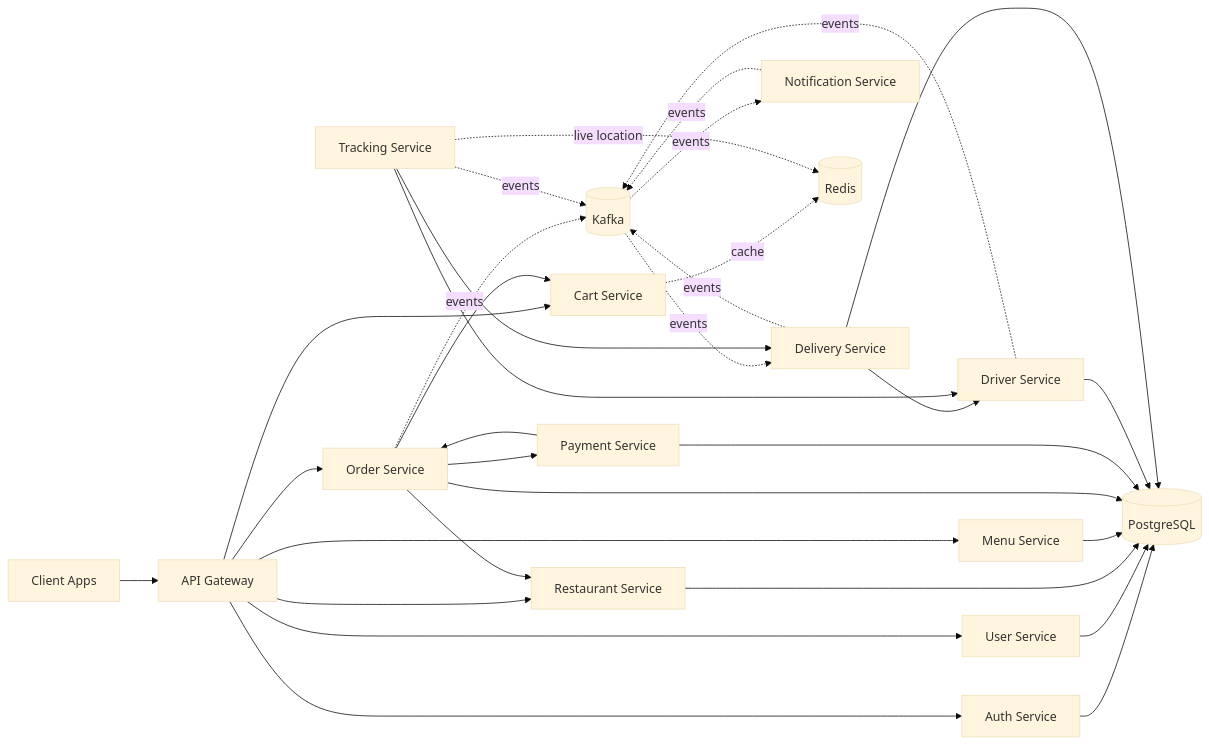
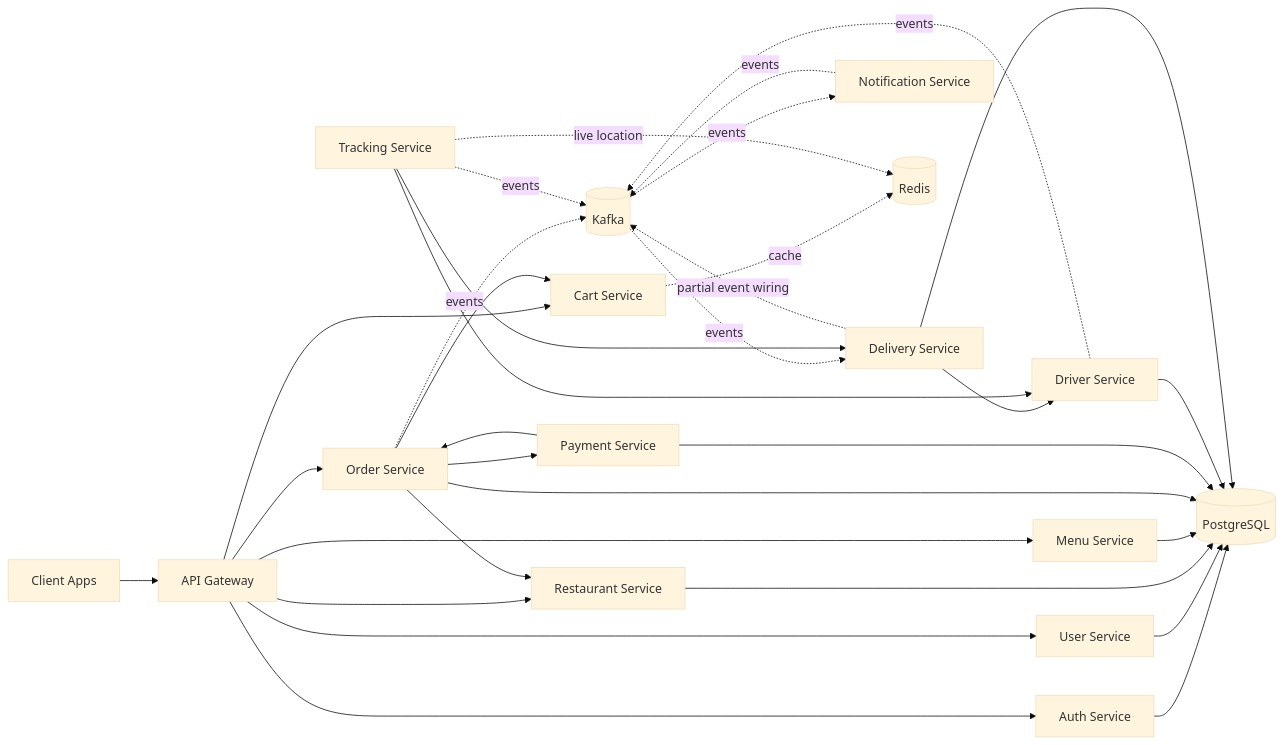
Before and after one commit to Yousefa7medmaher/delivery-plus: the diagram in README.md, drawn with Mermaid (base theme). The commit also changed other lines of this file and 20 other files, not shown here.

````diff
--- a/README.md
+++ b/README.md
@@ -46,42 +46,42 @@
 ```mermaid
 flowchart LR
     Client[Client Apps] --> GW[API Gateway]
 
     GW --> AUTH[Auth Service]
     GW --> USER[User Service]
     GW --> REST[Restaurant Service]
     GW --> MENU[Menu Service]
     GW --> CART[Cart Service]
     GW --> ORD[Order Service]
 
     ORD --> PAY[Payment Service]
     ORD --> CART
     ORD --> REST
 
     PAY --> ORD
 
     ORD -. events .-> KAFKA[(Kafka)]
-    DEL[Delivery Service] -. events .-> KAFKA
+    DEL[Delivery Service] -. partial event wiring .-> KAFKA
     DRV[Driver Service] -. events .-> KAFKA
     TRK[Tracking Service] -. events .-> KAFKA
     NOTIF[Notification Service] -. events .-> KAFKA
 
     KAFKA -. events .-> DEL
     KAFKA -. events .-> NOTIF
 
     DEL --> DRV
     TRK --> DRV
     TRK --> DEL
 
     CART -. cache .-> REDIS[(Redis)]
     TRK -. live location .-> REDIS
 
     AUTH --> PG[(PostgreSQL)]
     USER --> PG
     REST --> PG
     MENU --> PG
     ORD --> PG
     PAY --> PG
     DRV --> PG
     DEL --> PG
 ```
````
